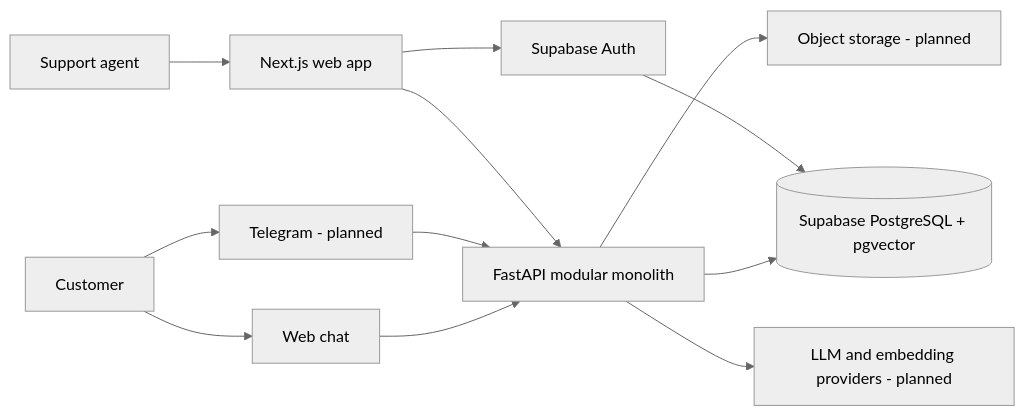
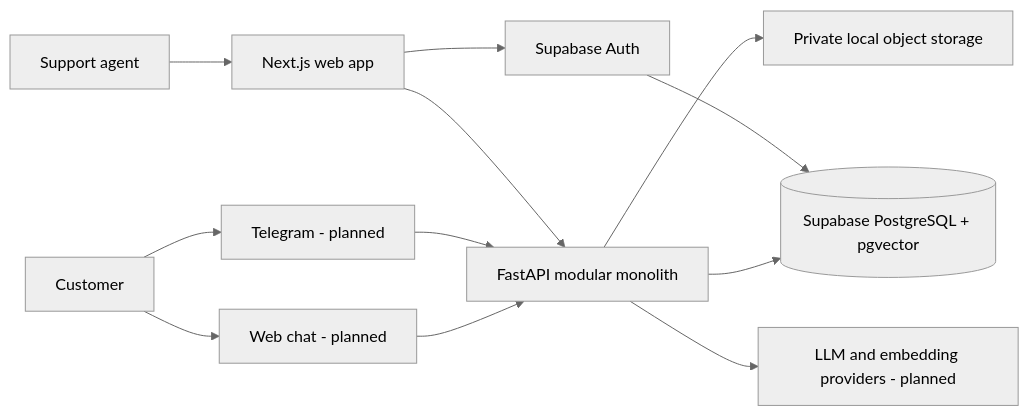
Before and after one commit to morgonets/ai-customer-support-platform: the diagram in docs/architecture.md, drawn with Mermaid (neutral theme). The commit also changed other lines of this file and 4 other files, not shown here.

````diff
--- a/docs/architecture.md
+++ b/docs/architecture.md
@@ -19,14 +20,14 @@
 ```mermaid
 flowchart LR
-    customer[Customer] --> webchat[Web chat]
+    customer[Customer] --> webchat[Web chat - planned]
     customer --> telegram[Telegram - planned]
     agent[Support agent] --> web[Next.js web app]
     web --> auth[Supabase Auth]
     webchat --> api[FastAPI modular monolith]
     telegram --> api
     web --> api
     api --> db[(Supabase PostgreSQL + pgvector)]
     auth --> db
-    api --> storage[Object storage - planned]
+    api --> storage[Private local object storage]
     api --> llm[LLM and embedding providers - planned]
 ```
````
